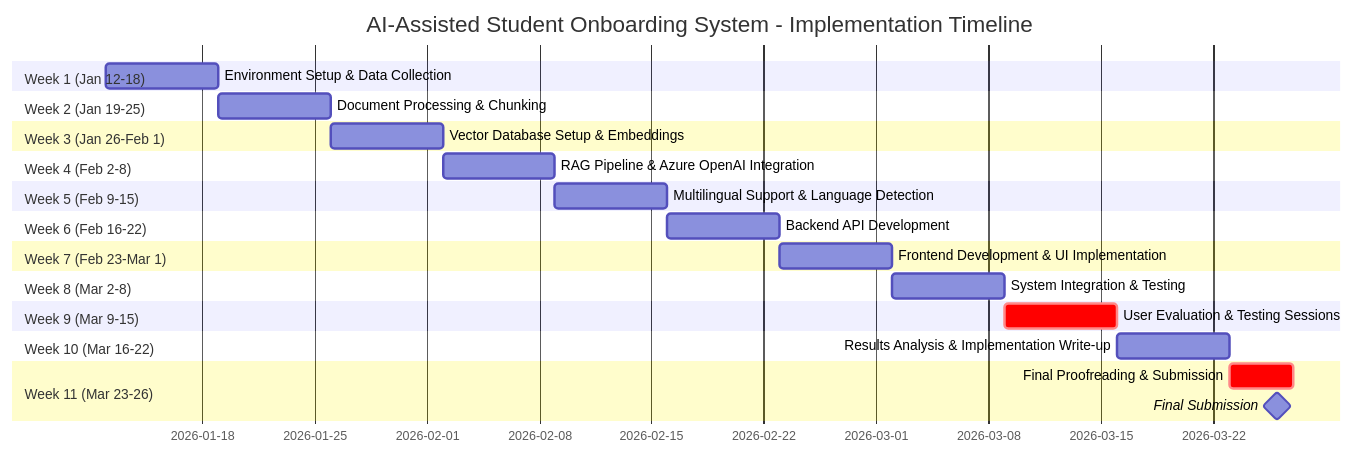
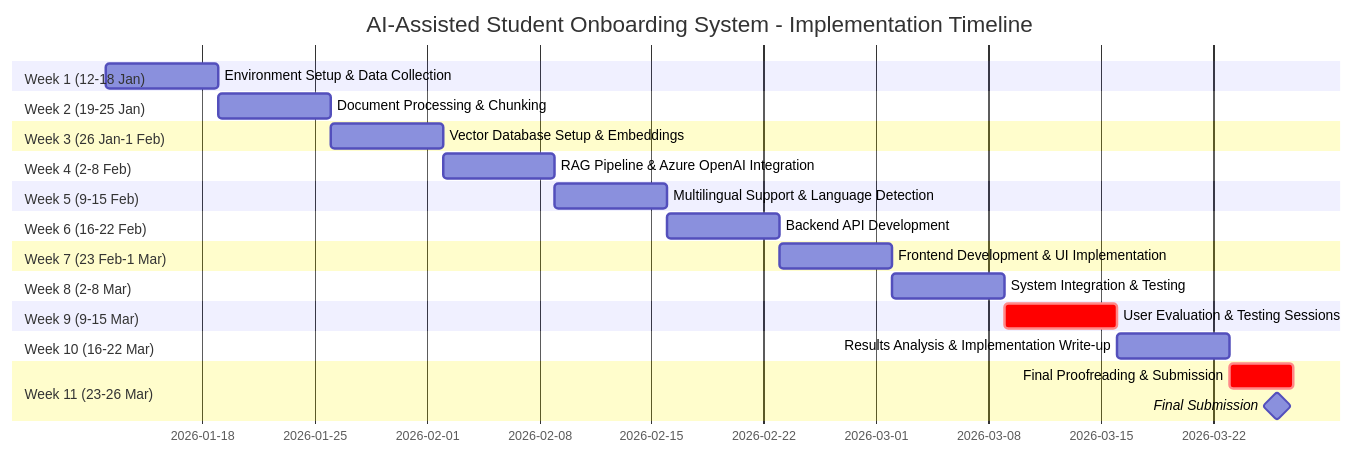
The diagram in Gantt Chart/README.md (nm2064/Supporting-new-students-orienting-themselves-on-campus), drawn with Mermaid before and after one commit. The commit also changed other lines of this file, not shown here.

Commit message:
Update project timeline date format in README.md

````diff
--- a/Gantt Chart/README.md
+++ b/Gantt Chart/README.md
@@ -7,39 +7,39 @@
 ```mermaid
 gantt
     title AI-Assisted Student Onboarding System - Implementation Timeline
     dateFormat YYYY-MM-DD
 
-    section Week 1 (Jan 12-18)
+    section Week 1 (12-18 Jan)
     Environment Setup & Data Collection             :w1, 2026-01-12, 7d
 
-    section Week 2 (Jan 19-25)
+    section Week 2 (19-25 Jan)
     Document Processing & Chunking                  :w2, 2026-01-19, 7d
 
-    section Week 3 (Jan 26-Feb 1)
+    section Week 3 (26 Jan-1 Feb)
     Vector Database Setup & Embeddings              :w3, 2026-01-26, 7d
 
-    section Week 4 (Feb 2-8)
+    section Week 4 (2-8 Feb)
     RAG Pipeline & Azure OpenAI Integration         :w4, 2026-02-02, 7d
 
-    section Week 5 (Feb 9-15)
+    section Week 5 (9-15 Feb)
     Multilingual Support & Language Detection       :w5, 2026-02-09, 7d
 
-    section Week 6 (Feb 16-22)
+    section Week 6 (16-22 Feb)
     Backend API Development                         :w6, 2026-02-16, 7d
 
-    section Week 7 (Feb 23-Mar 1)
+    section Week 7 (23 Feb-1 Mar)
     Frontend Development & UI Implementation        :w7, 2026-02-23, 7d
 
-    section Week 8 (Mar 2-8)
+    section Week 8 (2-8 Mar)
     System Integration & Testing                    :w8, 2026-03-02, 7d
 
-    section Week 9 (Mar 9-15)
+    section Week 9 (9-15 Mar)
     User Evaluation & Testing Sessions              :crit, w9, 2026-03-09, 7d
 
-    section Week 10 (Mar 16-22)
+    section Week 10 (16-22 Mar)
     Results Analysis & Implementation Write-up      :w10, 2026-03-16, 7d
 
-    section Week 11 (Mar 23-26)
+    section Week 11 (23-26 Mar)
     Final Proofreading & Submission                 :crit, w11, 2026-03-23, 4d
     Final Submission                                :milestone, submit, 2026-03-26, 0d
 ```
````
